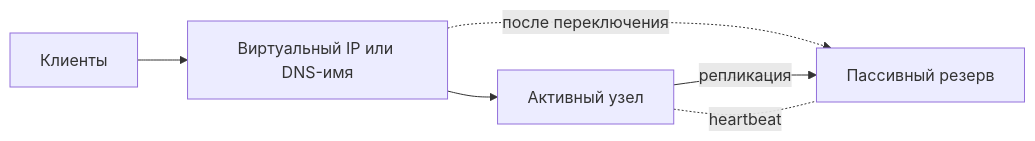
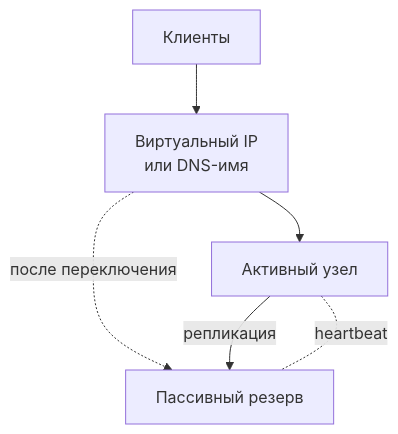
One commit to butyavk/system-design changed the first of 2 diagrams in src/content/docs/ru/fundamentals/availability-patterns.mdx. Above: the diagram before and after it, drawn with Mermaid. The commit also changed other lines of this file and 144 other files, not shown here.

````diff
--- a/src/content/docs/ru/fundamentals/availability-patterns.mdx
+++ b/src/content/docs/ru/fundamentals/availability-patterns.mdx
@@ -25,8 +25,8 @@
 ```mermaid
-flowchart LR
-  clients["Клиенты"] --> vip["Виртуальный IP или DNS-имя"]
+flowchart TB
+  clients["Клиенты"] --> vip["Виртуальный IP<br/>или DNS-имя"]
   vip --> active["Активный узел"]
   vip -.->|"после переключения"| passive["Пассивный резерв"]
   active -->|"репликация"| passive
   active -.-|"heartbeat"| passive
 ```
````
